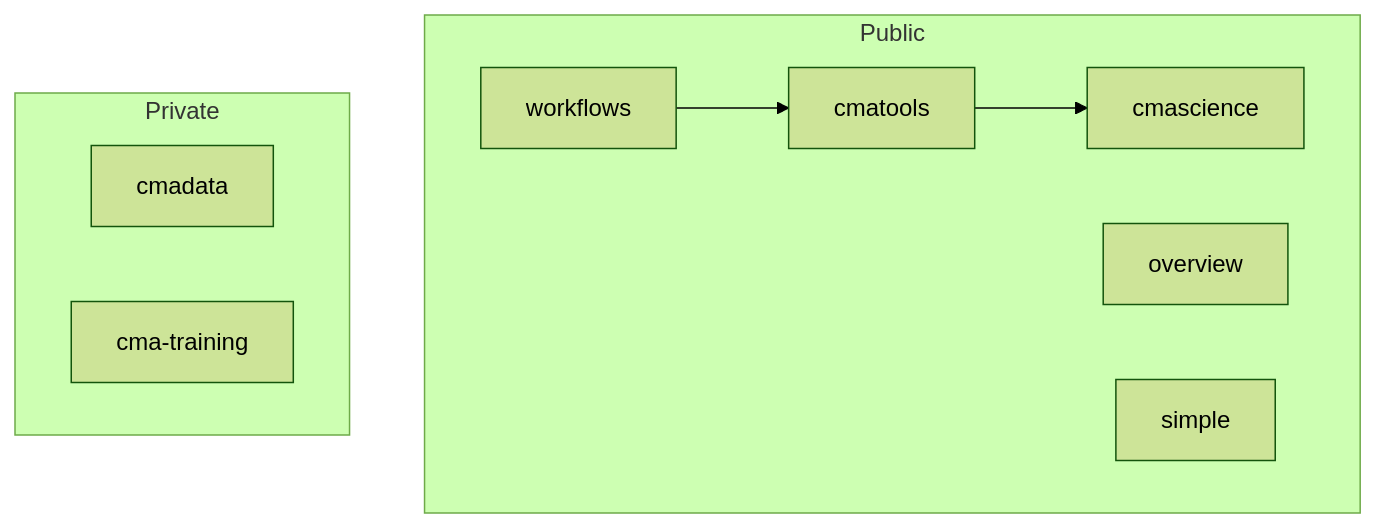
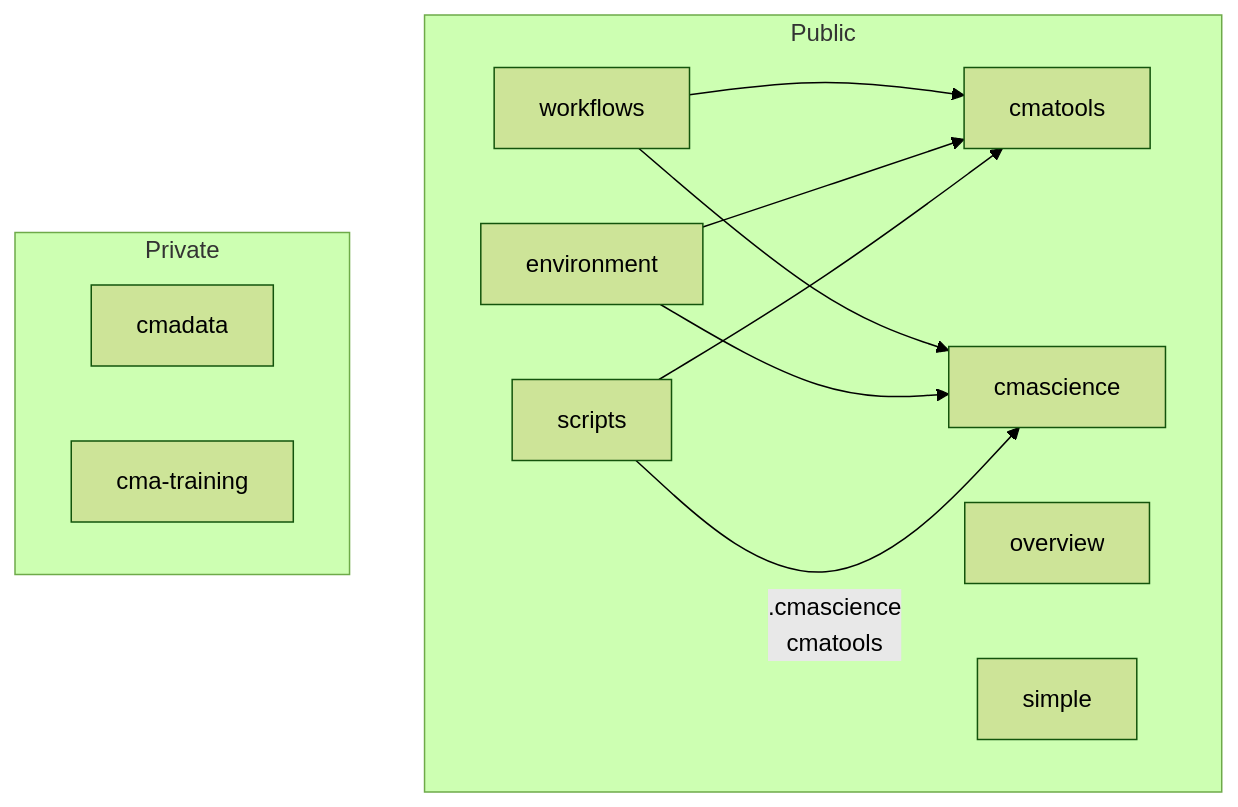
Before and after one commit to cma-open/overview: the diagram in README.md, drawn with Mermaid (forest theme).

````diff
--- a/README.md
+++ b/README.md
@@ -10,21 +10,30 @@
 ```mermaid
 flowchart TB
  subgraph Public
     workflows
       click workflows "https://github.com/cma-open/workflows" "Link to workflows repo"
     workflows-->cmatools
+    workflows-->cmascience
+    environment
+      click environment "https://github.com/cma-open/environment" "Link to environment repo"
+    environment-->cmatools
+    environment-->cmascience
+    scripts
+      click environment "https://github.com/cma-open/scripts" "Link to scripts repo"
+    scripts-->cmatools
+    scripts--.cmascience
     cmatools-->cmascience
     click cmatools "https://github.com/cma-open/cmatools" "Link to cmatools"
     overview
       click overview "https://github.com/cma-open/overview" "Link to overview repo"
       click cmascience "https://github.com/cma-open/cmascience" "Link to cmascience repo"
     simple
       click simple "https://github.com/cma-open/simple" "Link to simple repo"
     end
     subgraph Private
     cmadata
       click cmadata "https://github.com/cma-open/cmadata" "Link to cmadata repo"
     cma-training
       click cma-training "https://github.com/cma-open/cma-training" "Link to training repo"
     end
 ```
````
